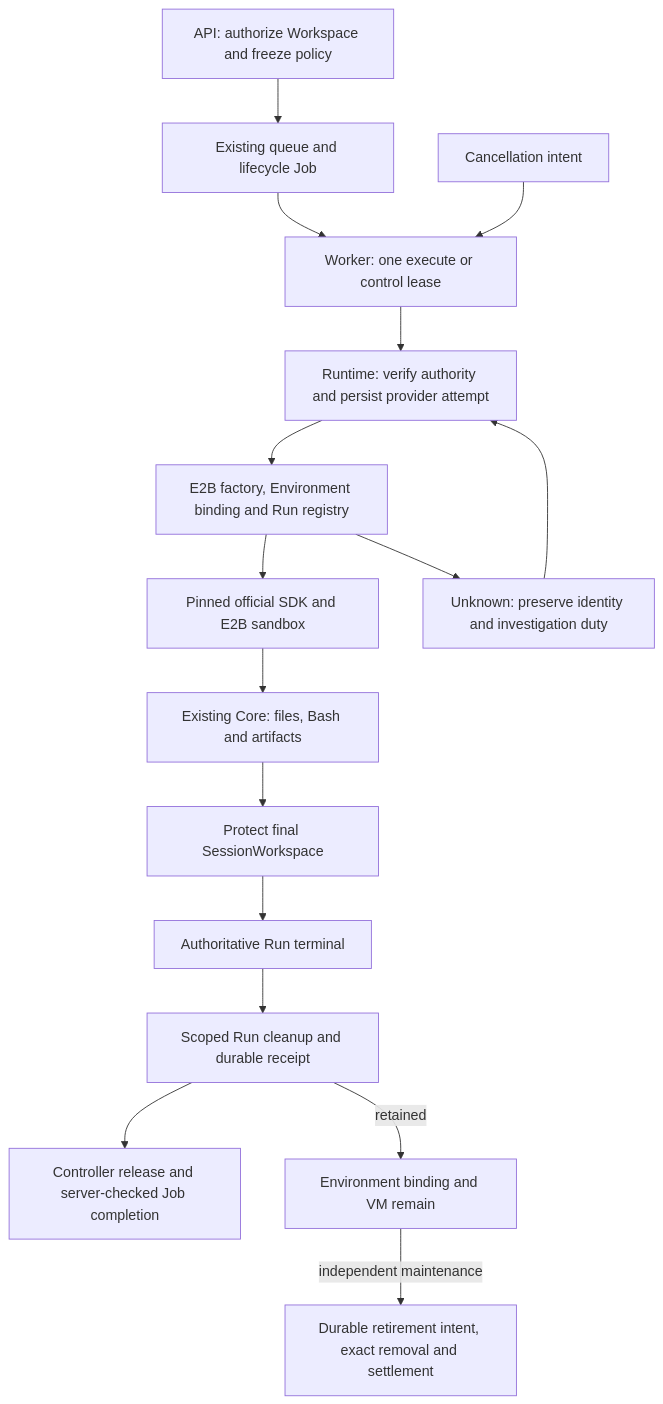
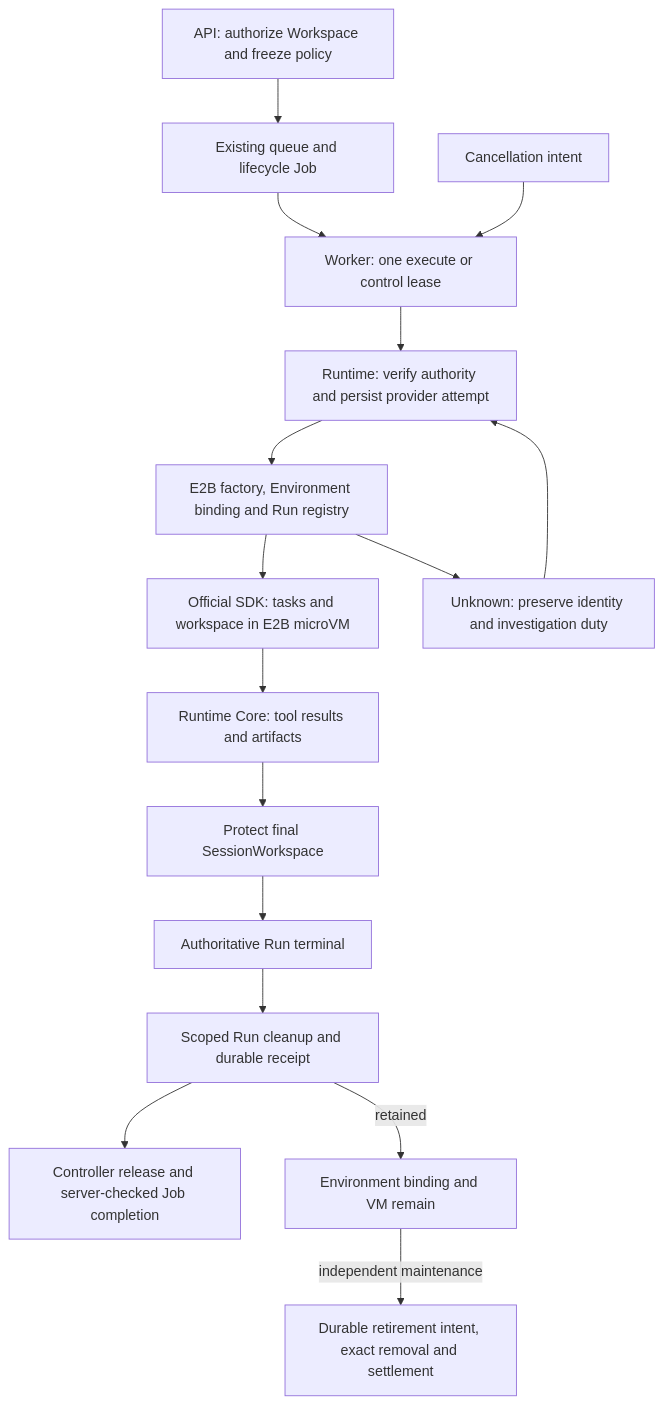
Before and after one commit to EchoTrigger/centaeris: the first of 2 diagrams in docs/development/E2BExecutionIntegration.md, drawn with Mermaid. The commit also changed other lines of this file, not shown here.

```diff
--- a/docs/development/E2BExecutionIntegration.md
+++ b/docs/development/E2BExecutionIntegration.md
@@ -51,18 +63,18 @@
 ~~~mermaid
 flowchart TD
     A["API: authorize Workspace and freeze policy"] --> B["Existing queue and lifecycle Job"]
     B --> C["Worker: one execute or control lease"]
     C --> D["Runtime: verify authority and persist provider attempt"]
     D --> E["E2B factory, Environment binding and Run registry"]
-    E --> F["Pinned official SDK and E2B sandbox"]
-    F --> G["Existing Core: files, Bash and artifacts"]
+    E --> F["Official SDK: tasks and workspace in E2B microVM"]
+    F --> G["Runtime Core: tool results and artifacts"]
     G --> H["Protect final SessionWorkspace"]
     H --> T["Authoritative Run terminal"]
     T --> I["Scoped Run cleanup and durable receipt"]
     I --> J["Controller release and server-checked Job completion"]
     I -->|"retained"| P["Environment binding and VM remain"]
     P -->|"independent maintenance"| R["Durable retirement intent, exact removal and settlement"]
     K["Cancellation intent"] --> C
     E --> L["Unknown: preserve identity and investigation duty"]
     L --> D
 ~~~
```
